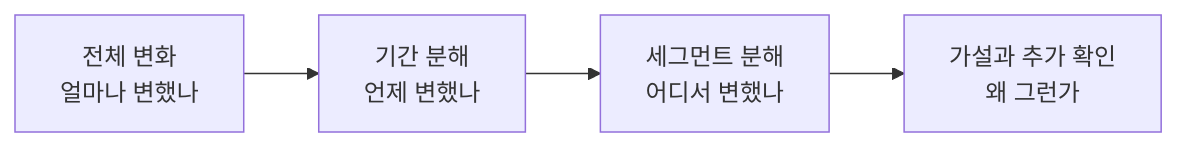
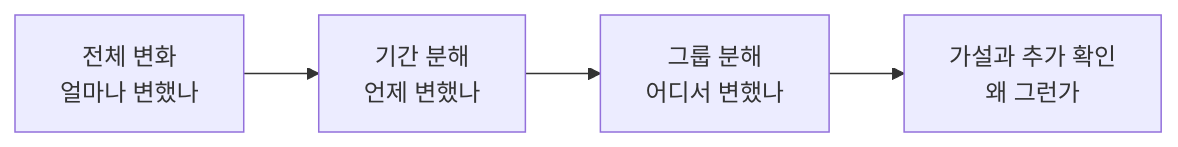
One commit to Eunjung-Cho/bdai13-bigquery changed the first of 2 diagrams in docs/week4/lecture.md. Above: the diagram before and after it, drawn with Mermaid. The commit also changed other lines of this file and 34 other files, not shown here.

````diff
--- a/docs/week4/lecture.md
+++ b/docs/week4/lecture.md
@@ -32,6 +32,6 @@
 ```mermaid
 flowchart LR
     A["전체 변화<br/>얼마나 변했나"] --> B["기간 분해<br/>언제 변했나"]
-    B --> C["세그먼트 분해<br/>어디서 변했나"]
+    B --> C["그룹 분해<br/>어디서 변했나"]
     C --> D["가설과 추가 확인<br/>왜 그런가"]
 ```
````
